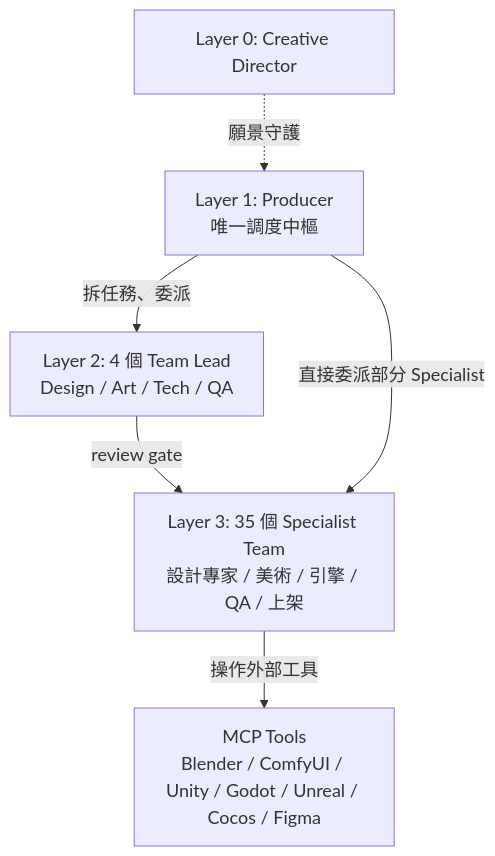
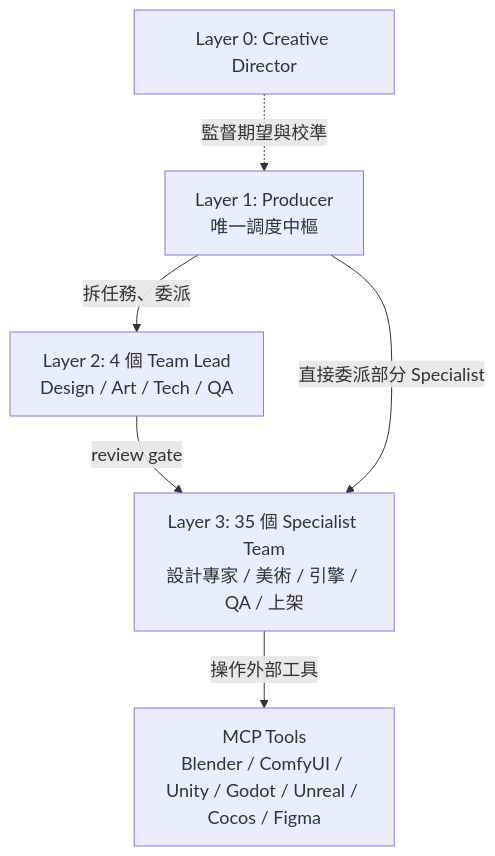
One commit to hoycdanny/kiro-multi-agent-game-studio changed the first of 2 diagrams in README.md. Above: the diagram before and after it, drawn with Mermaid. The commit also changed 2 other files, not shown here.

Commit message:
docs: rename '願景守護' to '監督期望與校準' for clarity
Made-up jargon on an unlabeled diagram edge with no explanation was
confusing. Renamed consistently across both architecture diagrams
(README + docs) and the Creative Director agent's responsibility table.

````diff
--- a/README.md
+++ b/README.md
@@ -269,15 +269,15 @@
 ```mermaid
 %%{init: {'themeVariables': {'fontSize': '18px'}}}%%
 graph TD
     CD[Layer 0: Creative Director]
     P[Layer 1: Producer<br/>唯一調度中樞]
     L2[Layer 2: 4 個 Team Lead<br/>Design / Art / Tech / QA]
     L3[Layer 3: 35 個 Specialist Team<br/>設計專家 / 美術 / 引擎 / QA / 上架]
     MCP[MCP Tools<br/>Blender / ComfyUI / Unity / Godot / Unreal / Cocos / Figma]
 
-    CD -.->|願景守護| P
+    CD -.->|監督期望與校準| P
     P -->|拆任務、委派| L2
     L2 -->|review gate| L3
     P -->|直接委派部分 Specialist| L3
     L3 -->|操作外部工具| MCP
 ```
````
